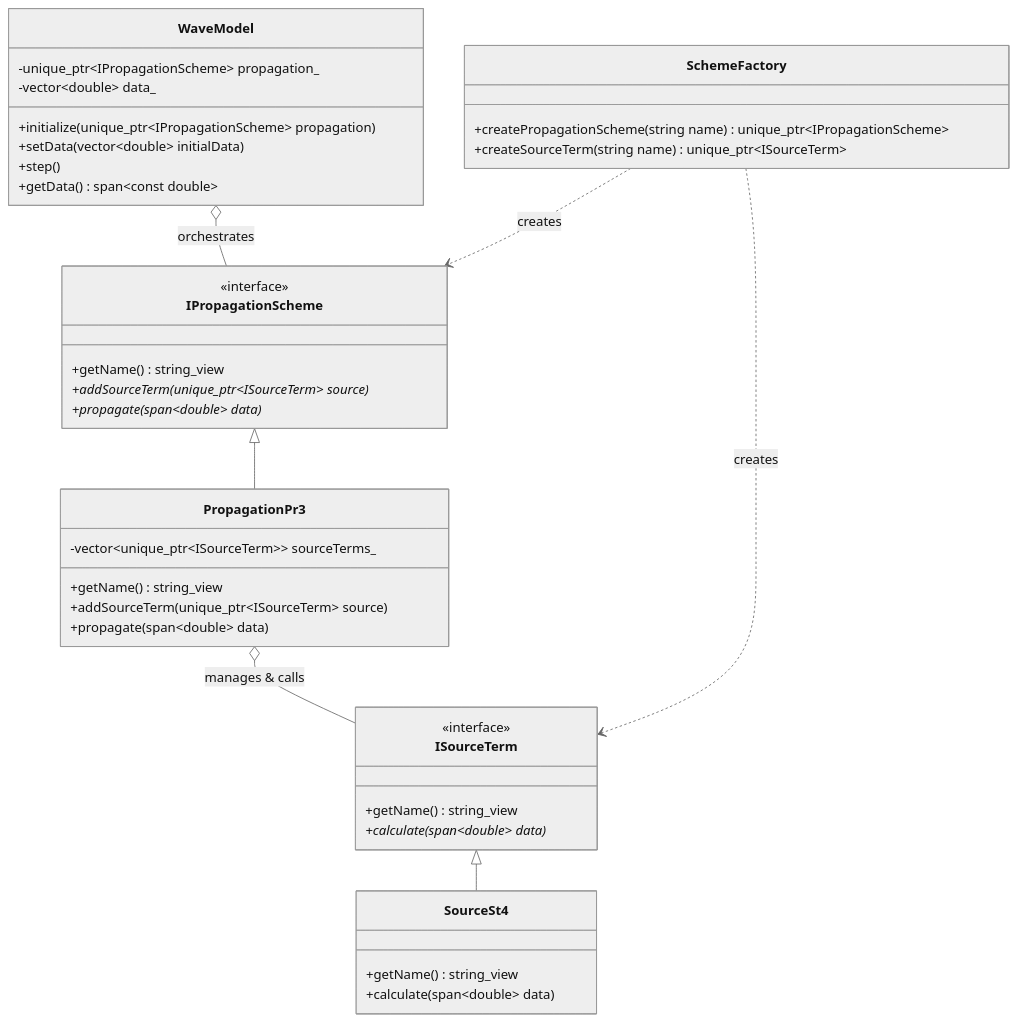
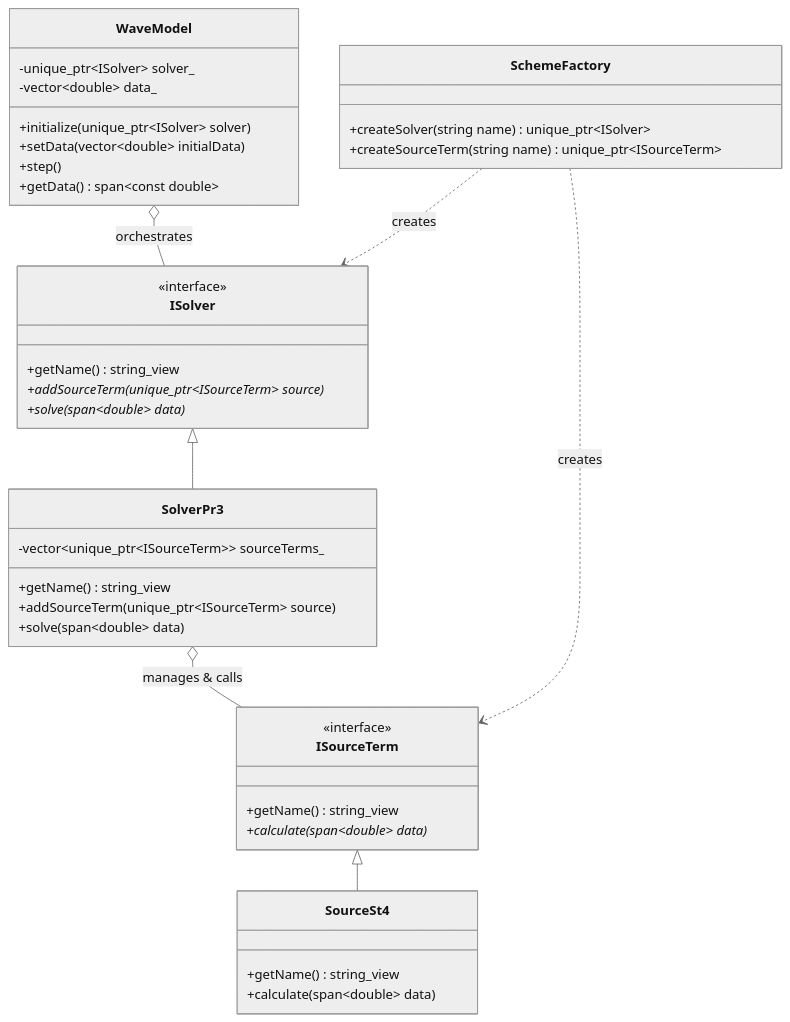
The diagram in ARCHITECTURE.md (HendrikTolman-NOAA/WW4_HLT), drawn with Mermaid (neutral theme) before and after one commit. The commit also changed other lines of this file and 10 other files, not shown here.

First line of the commit message:
Implement integrated solver architecture for WW4

````diff
--- a/ARCHITECTURE.md
+++ b/ARCHITECTURE.md
@@ -7,48 +7,48 @@
 ```mermaid
 classDiagram
     class WaveModel {
-        -unique_ptr~IPropagationScheme~ propagation_
+        -unique_ptr~ISolver~ solver_
         -vector~double~ data_
-        +initialize(unique_ptr~IPropagationScheme~ propagation)
+        +initialize(unique_ptr~ISolver~ solver)
         +setData(vector~double~ initialData)
         +step()
         +getData() span~const double~
     }
 
-    class IPropagationScheme {
+    class ISolver {
         <<interface>>
         +getName() string_view
         +addSourceTerm(unique_ptr~ISourceTerm~ source)*
-        +propagate(span~double~ data)*
+        +solve(span~double~ data)*
     }
 
     class ISourceTerm {
         <<interface>>
         +getName() string_view
         +calculate(span~double~ data)*
     }
 
-    class PropagationPr3 {
+    class SolverPr3 {
         -vector~unique_ptr~ISourceTerm~~ sourceTerms_
         +getName() string_view
         +addSourceTerm(unique_ptr~ISourceTerm~ source)
-        +propagate(span~double~ data)
+        +solve(span~double~ data)
     }
 
     class SourceSt4 {
         +getName() string_view
         +calculate(span~double~ data)
     }
 
     class SchemeFactory {
-        +createPropagationScheme(string name) unique_ptr~IPropagationScheme~
+        +createSolver(string name) unique_ptr~ISolver~
         +createSourceTerm(string name) unique_ptr~ISourceTerm~
     }
 
-    WaveModel o-- IPropagationScheme : orchestrates
-    IPropagationScheme <|-- PropagationPr3
-    PropagationPr3 o-- ISourceTerm : manages & calls
+    WaveModel o-- ISolver : orchestrates
+    ISolver <|-- SolverPr3
+    SolverPr3 o-- ISourceTerm : manages & calls
     ISourceTerm <|-- SourceSt4
-    SchemeFactory ..> IPropagationScheme : creates
+    SchemeFactory ..> ISolver : creates
     SchemeFactory ..> ISourceTerm : creates
 ```
````
